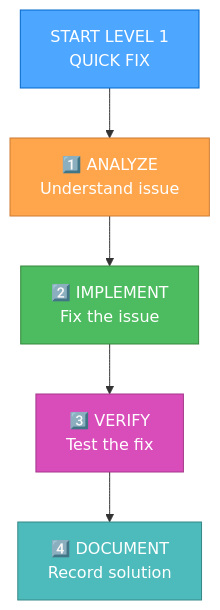
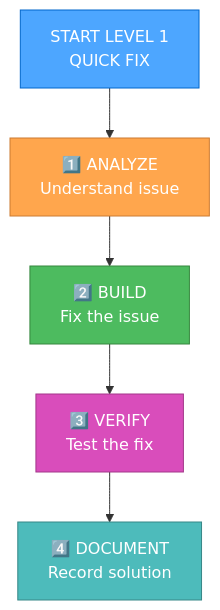
Before and after one commit to aleasweb/cityQuest: the diagram in .cursor/rules/isolation_rules/Level1/optimized-workflow-level1.mdc, drawn with Mermaid. The commit also changed 26 other files, not shown here.

````diff
--- a/.cursor/rules/isolation_rules/Level1/optimized-workflow-level1.mdc
+++ b/.cursor/rules/isolation_rules/Level1/optimized-workflow-level1.mdc
@@ -13,13 +13,13 @@
 ```mermaid
 graph TD
     Start["START LEVEL 1<br>QUICK FIX"] --> Analyze["1️⃣ ANALYZE<br>Understand issue"]
-    Analyze --> Implement["2️⃣ IMPLEMENT<br>Fix the issue"]
-    Implement --> Verify["3️⃣ VERIFY<br>Test the fix"]
+    Analyze --> Build["2️⃣ BUILD<br>Fix the issue"]
+    Build --> Verify["3️⃣ VERIFY<br>Test the fix"]
     Verify --> Document["4️⃣ DOCUMENT<br>Record solution"]
     
     style Start fill:#4da6ff,stroke:#0066cc,color:white
     style Analyze fill:#ffa64d,stroke:#cc7a30,color:white
-    style Implement fill:#4dbb5f,stroke:#36873f,color:white
+    style Build fill:#4dbb5f,stroke:#36873f,color:white
     style Verify fill:#d94dbb,stroke:#a3378a,color:white
     style Document fill:#4dbbbb,stroke:#368787,color:white
 ```
````
